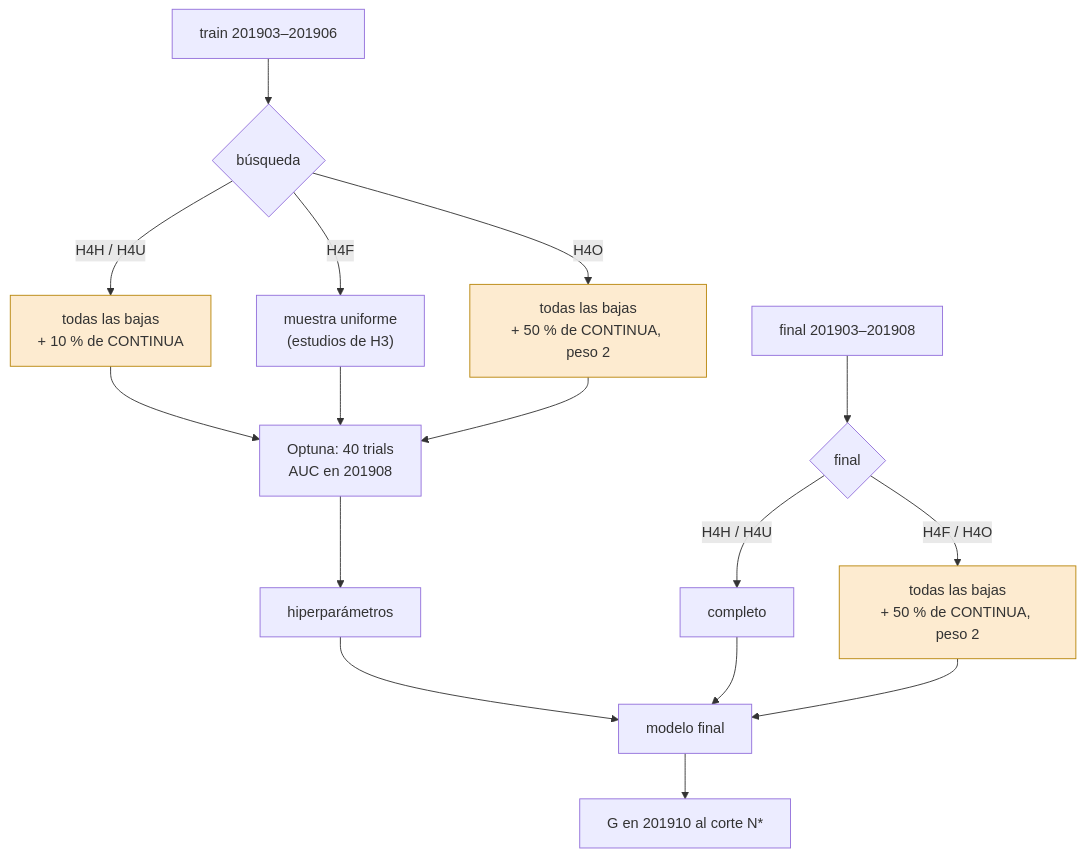
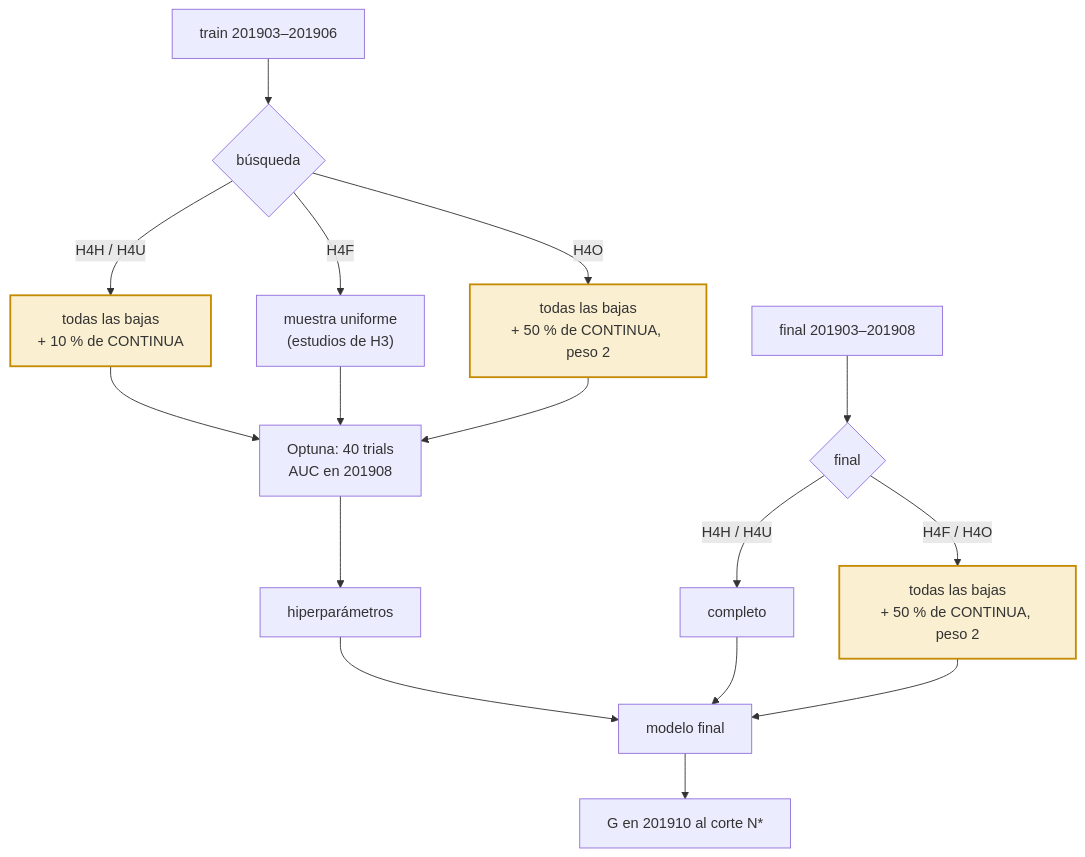
One commit to agustinarazanov/dmeyf-experimento-sampling changed the diagram in experimentos/h4/README.md. Above: the diagram before and after it, drawn with Mermaid. The commit also changed 12 other files, not shown here.

````diff
--- a/experimentos/h4/README.md
+++ b/experimentos/h4/README.md
@@ -20,21 +20,21 @@
 ```mermaid
 flowchart TB
   D[train 201903–201906] --> S{"búsqueda"}
   S -- "H4H / H4U" --> MB["todas las bajas<br/>+ 10 % de CONTINUA"]
   S -- "H4F" --> MU["muestra uniforme<br/>(estudios de H3)"]
   S -- "H4O" --> MF["todas las bajas<br/>+ 50 % de CONTINUA, peso 2"]
   MB --> O["Optuna: 40 trials<br/>AUC en 201908"]
   MU --> O
   MF --> O
   O --> HP[hiperparámetros]
   F[final 201903–201908] --> R{"final"}
   R -- "H4H / H4U" --> FC[completo]
   R -- "H4F / H4O" --> FF["todas las bajas<br/>+ 50 % de CONTINUA, peso 2"]
   HP --> E[modelo final]
   FC --> E
   FF --> E
   E --> T["G en 201910 al corte N*"]
-  style MB fill:#fdebd0,stroke:#b8860b
-  style MF fill:#fdebd0,stroke:#b8860b
-  style FF fill:#fdebd0,stroke:#b8860b
+  style MB fill:#e0a8002e,stroke:#c48a00,stroke-width:2px
+  style MF fill:#e0a8002e,stroke:#c48a00,stroke-width:2px
+  style FF fill:#e0a8002e,stroke:#c48a00,stroke-width:2px
 ```
````
